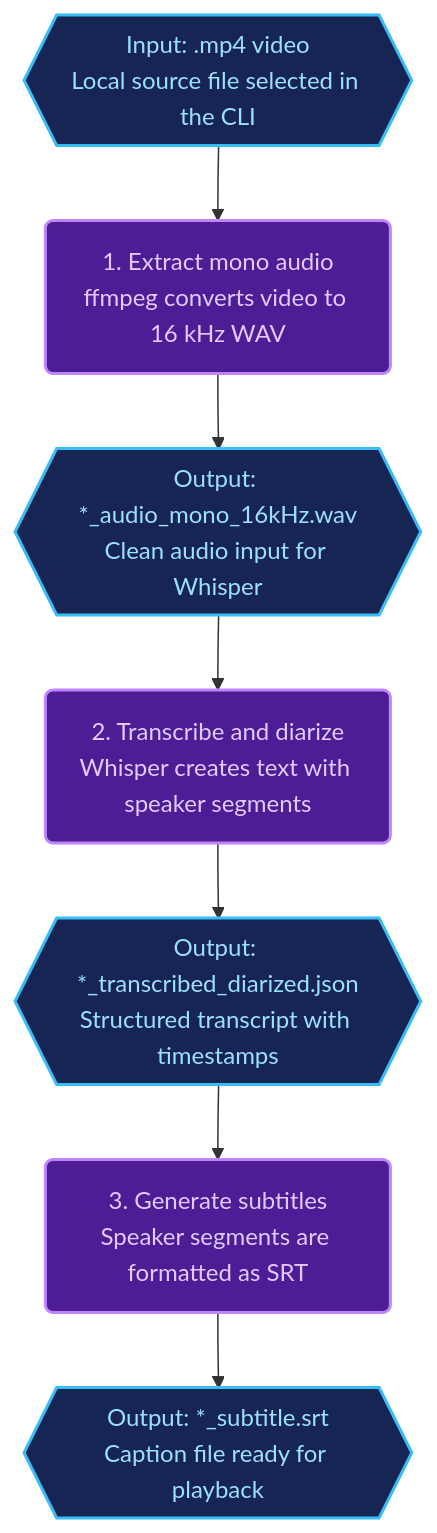
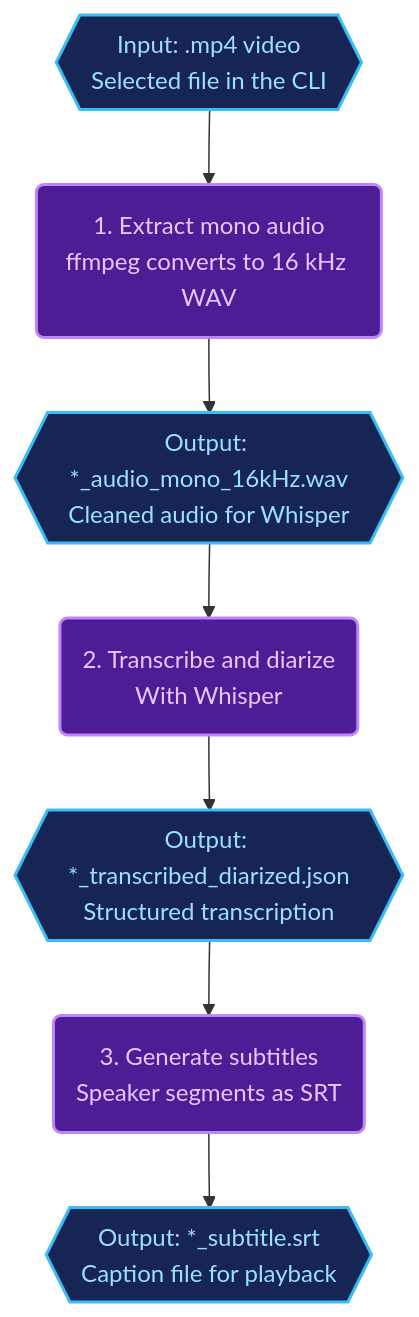
The diagram in README.md (g4br13l/ai-personal-tools), drawn with Mermaid before and after one commit. The commit also changed 1 other file, not shown here.

Commit message:
docs(all-monorepo): :memo: Simplified worksflow mermaid diagrams.

````diff
--- a/README.md
+++ b/README.md
@@ -30,17 +30,17 @@
 ```mermaid
 graph TD
-    A{{Input: .mp4 video<br/>Local source file selected in the CLI}}
-    B(1. Extract mono audio<br/>ffmpeg converts video to 16 kHz WAV)
-    C{{Output: *_audio_mono_16kHz.wav<br/>Clean audio input for Whisper}}
-    D(2. Transcribe and diarize<br/>Whisper creates text with speaker segments)
-    E{{Output: *_transcribed_diarized.json<br/>Structured transcript with timestamps}}
-    F(3. Generate subtitles<br/>Speaker segments are formatted as SRT)
-    G{{Output: *_subtitle.srt<br/>Caption file ready for playback}}
+    A{{Input: .mp4 video<br/>Selected file in the CLI}}
+    B(1. Extract mono audio<br/>ffmpeg converts to 16 kHz WAV)
+    C{{Output: *_audio_mono_16kHz.wav<br/>Cleaned audio for Whisper}}
+    D(2. Transcribe and diarize<br/>With Whisper)
+    E{{Output: *_transcribed_diarized.json<br/>Structured transcription}}
+    F(3. Generate subtitles<br/>Speaker segments as SRT)
+    G{{Output: *_subtitle.srt<br/>Caption file for playback}}
 
     A --> B --> C --> D --> E --> F --> G
 
     classDef artifact fill:#172554,stroke:#38bdf8,stroke-width:2px,color:#9ce0ff
     classDef step fill:#4c1d95,stroke:#c084fc,stroke-width:2px,color:#e4c9ff
     class A,C,E,G artifact
     class B,D,F step
 ```
````
